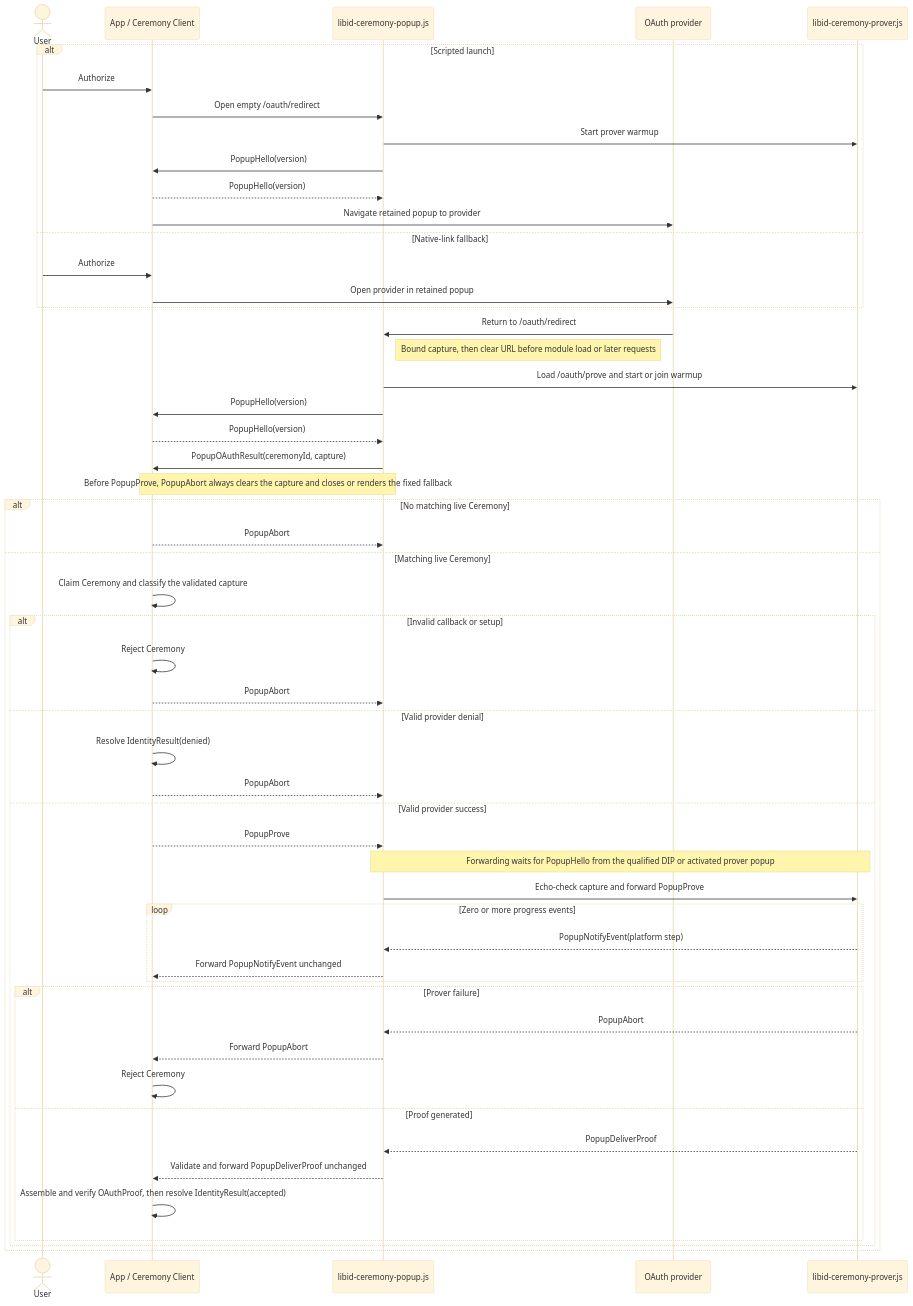
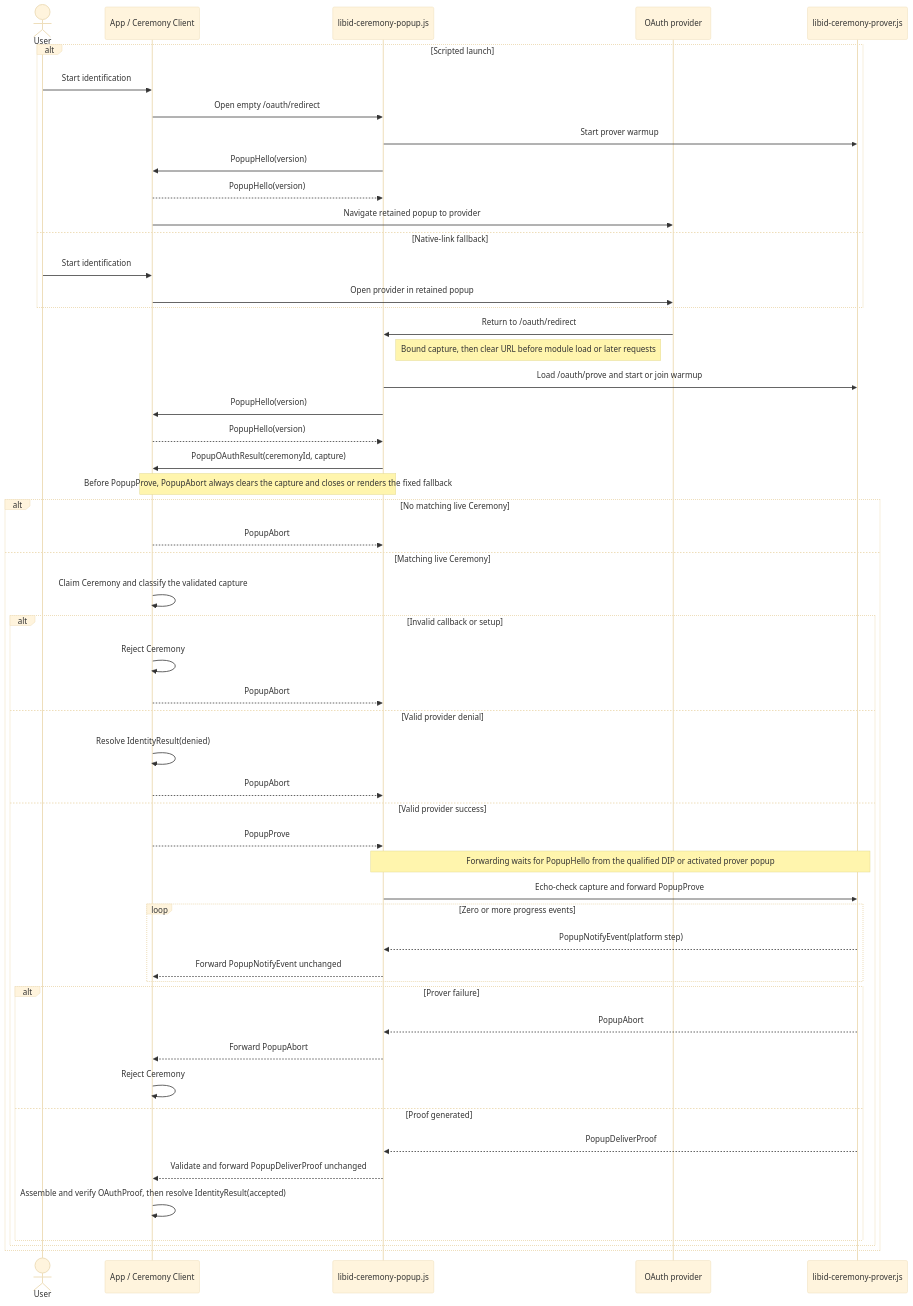
One commit to libid-org/libid changed the diagram in ts/packages/ceremony/ARCHITECTURE.md. Above: the diagram before and after it, drawn with Mermaid (base theme).

Commit message:
docs(ceremony): clarify identification activation

````diff
--- a/ts/packages/ceremony/ARCHITECTURE.md
+++ b/ts/packages/ceremony/ARCHITECTURE.md
@@ -591,57 +591,57 @@
 ```mermaid
 sequenceDiagram
     actor U as User
     participant A as App / Ceremony Client
     participant C as libid-ceremony-popup.js
     participant O as OAuth provider
     participant P as libid-ceremony-prover.js
 
     alt Scripted launch
-        U->>A: Authorize
+        U->>A: Start identification
         A->>C: Open empty /oauth/redirect
         C->>P: Start prover warmup
         C->>A: PopupHello(version)
         A-->>C: PopupHello(version)
         A->>O: Navigate retained popup to provider
     else Native-link fallback
-        U->>A: Authorize
+        U->>A: Start identification
         A->>O: Open provider in retained popup
     end
     O->>C: Return to /oauth/redirect
     Note right of C: Bound capture, then clear URL before module load or later requests
     C->>P: Load /oauth/prove and start or join warmup
     C->>A: PopupHello(version)
     A-->>C: PopupHello(version)
     C->>A: PopupOAuthResult(ceremonyId, capture)
     Note over A,C: Before PopupProve, PopupAbort always clears the capture and closes or renders the fixed fallback
     alt No matching live Ceremony
         A-->>C: PopupAbort
     else Matching live Ceremony
         A->>A: Claim Ceremony and classify the validated capture
 
         alt Invalid callback or setup
             A->>A: Reject Ceremony
             A-->>C: PopupAbort
         else Valid provider denial
             A->>A: Resolve IdentityResult(denied)
             A-->>C: PopupAbort
         else Valid provider success
             A-->>C: PopupProve
             Note over C,P: Forwarding waits for PopupHello from the qualified DIP or activated prover popup
             C->>P: Echo-check capture and forward PopupProve
             loop Zero or more progress events
                 P-->>C: PopupNotifyEvent(platform step)
                 C-->>A: Forward PopupNotifyEvent unchanged
             end
             alt Prover failure
                 P-->>C: PopupAbort
                 C-->>A: Forward PopupAbort
                 A->>A: Reject Ceremony
             else Proof generated
                 P-->>C: PopupDeliverProof
                 C-->>A: Validate and forward PopupDeliverProof unchanged
                 A->>A: Assemble and verify OAuthProof, then resolve IdentityResult(accepted)
             end
         end
     end
 ```
````
